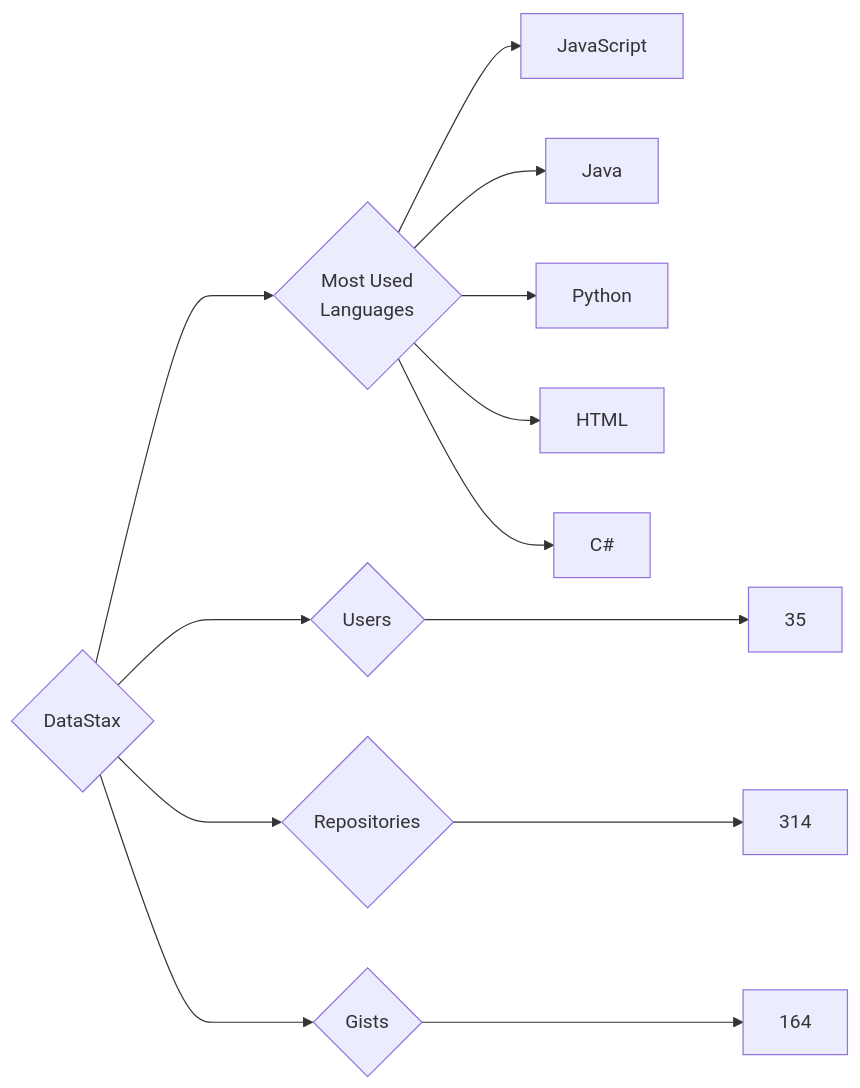
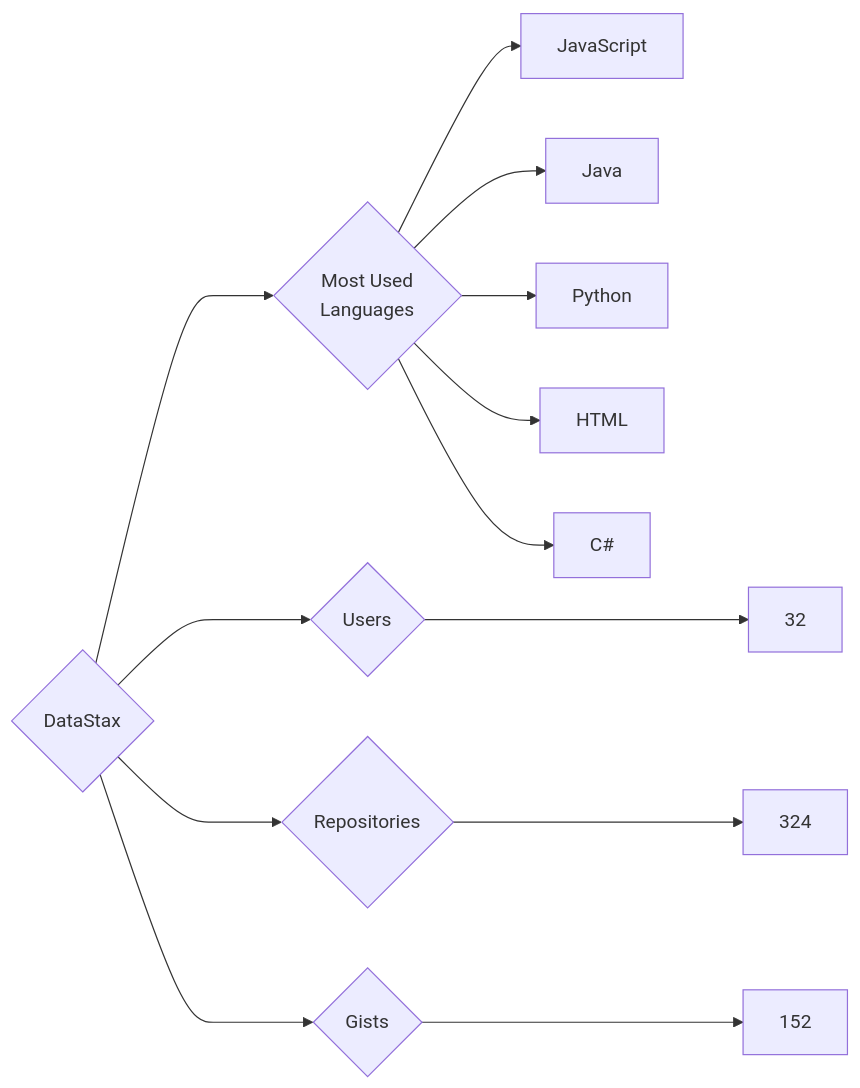
One commit to trickest/insiders changed the diagram in targets/DataStax/README.md. Above: the diagram before and after it, drawn with Mermaid. The commit also changed 823 other files, not shown here.

````diff
--- a/targets/DataStax/README.md
+++ b/targets/DataStax/README.md
@@ -3,13 +3,13 @@
 ```mermaid
 graph LR
 COMPANY_NAME{DataStax}
-COMPANY_NAME ---> U{Users} ---> UN[35]
-COMPANY_NAME ---> R{Repositories} ---> RN[314]
-COMPANY_NAME ---> G{Gists} ---> GN[164]
+COMPANY_NAME ---> U{Users} ---> UN[32]
+COMPANY_NAME ---> R{Repositories} ---> RN[324]
+COMPANY_NAME ---> G{Gists} ---> GN[152]
 COMPANY_NAME ---> ML{Most Used<br>Languages}
 ML --> JavaScript[JavaScript]
 ML --> Java[Java]
 ML --> Python[Python]
 ML --> HTML[HTML]
 ML --> C#[C#]
 ```
````
